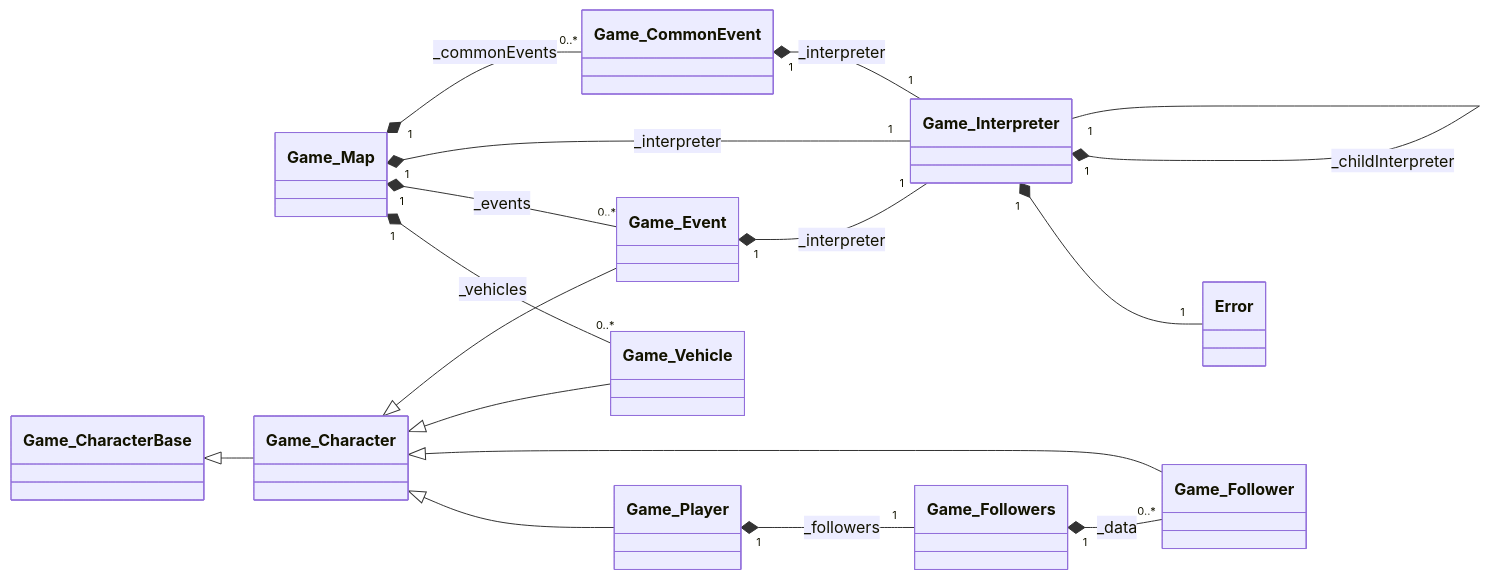
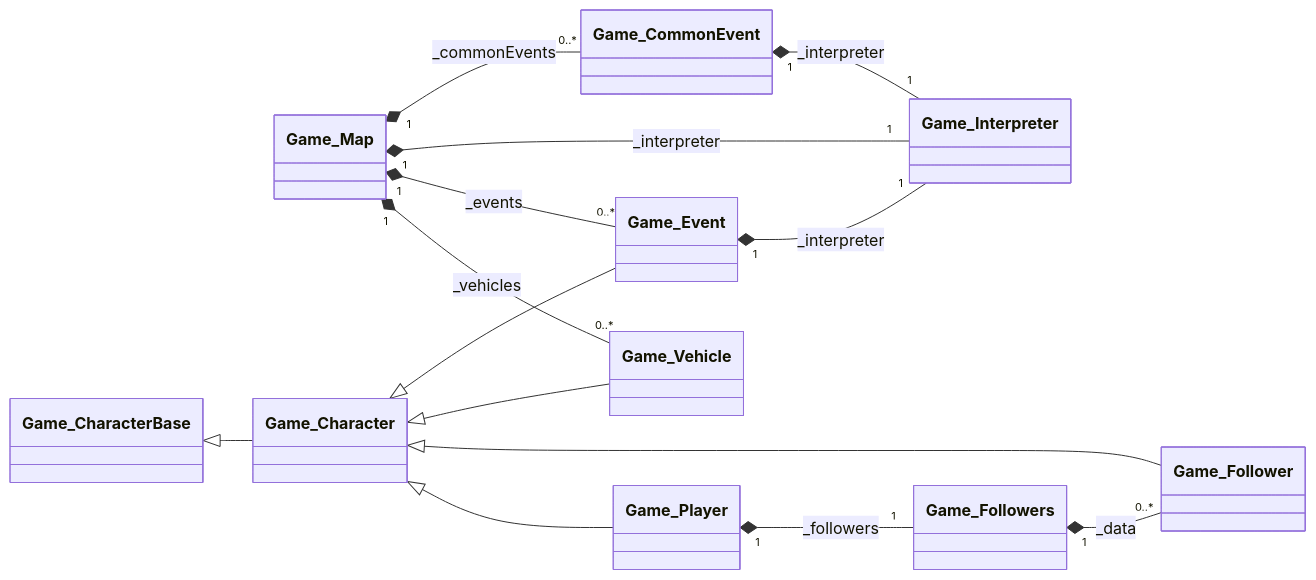
Before and after one commit to meowmotor/RPG-Maker: the diagram in Class Diagram/Map.md, drawn with Mermaid.

````diff
--- a/Class Diagram/Map.md
+++ b/Class Diagram/Map.md
@@ -1,19 +1,19 @@
 ```mermaid
 classDiagram
 direction LR
 Game_Map"1"*--"0..*"Game_Vehicle:_vehicles
 Game_Map"1"*--"0..*"Game_Event:_events
 Game_Map"1"*--"1"Game_Interpreter:_interpreter
 Game_Map"1"*--"0..*"Game_CommonEvent:_commonEvents
 Game_CommonEvent"1"*--"1"Game_Interpreter:_interpreter
 Game_CharacterBase<|--Game_Character
 Game_Character<|--Game_Player
 Game_Character<|--Game_Follower
 Game_Character<|--Game_Vehicle
 Game_Character<|--Game_Event
 Game_Event"1"*--"1"Game_Interpreter:_interpreter
 Game_Player"1"*--"1"Game_Followers:_followers
 Game_Followers"1"*--"0..*"Game_Follower:_data
-Game_Interpreter"1"*--"1"Error
-Game_Interpreter"1"*--"1"Game_Interpreter:_childInterpreter
+%%Game_Interpreter"1"*--"1"Error
+%%Game_Interpreter"1"*--"1"Game_Interpreter:_childInterpreter
 ```
````
